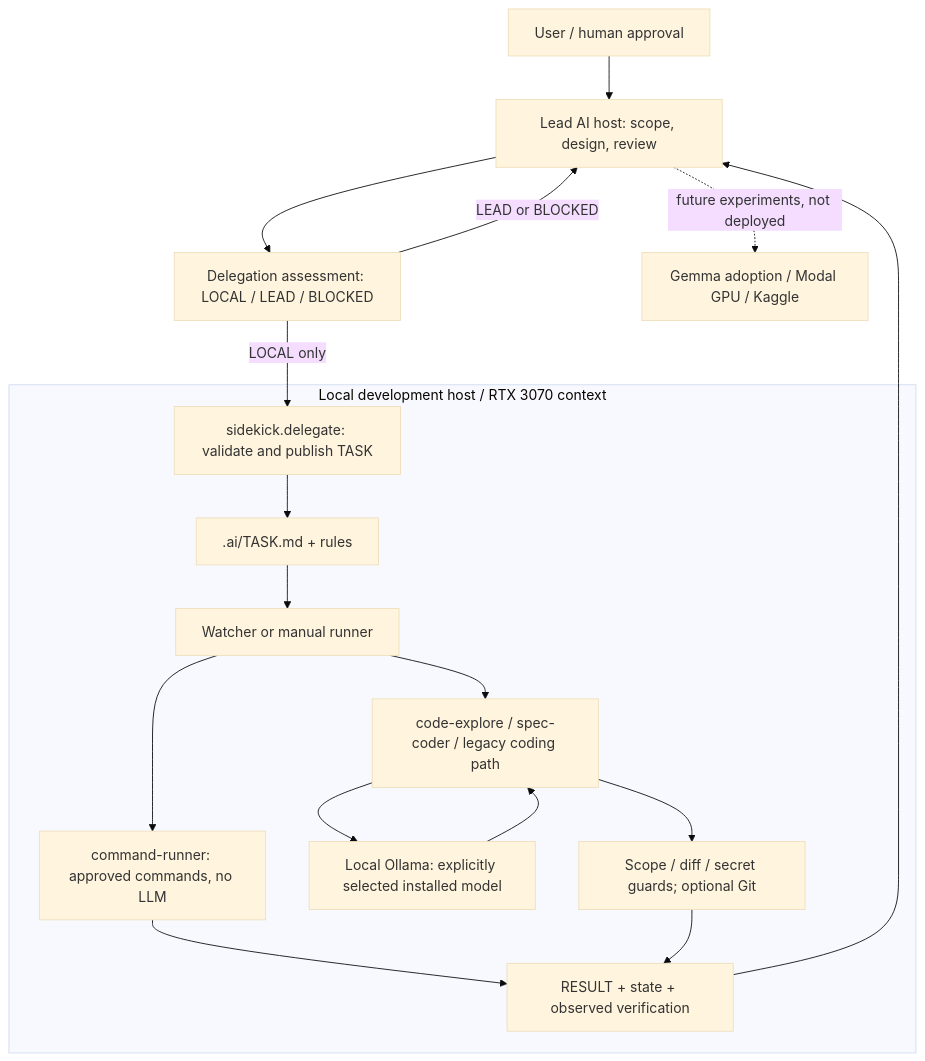
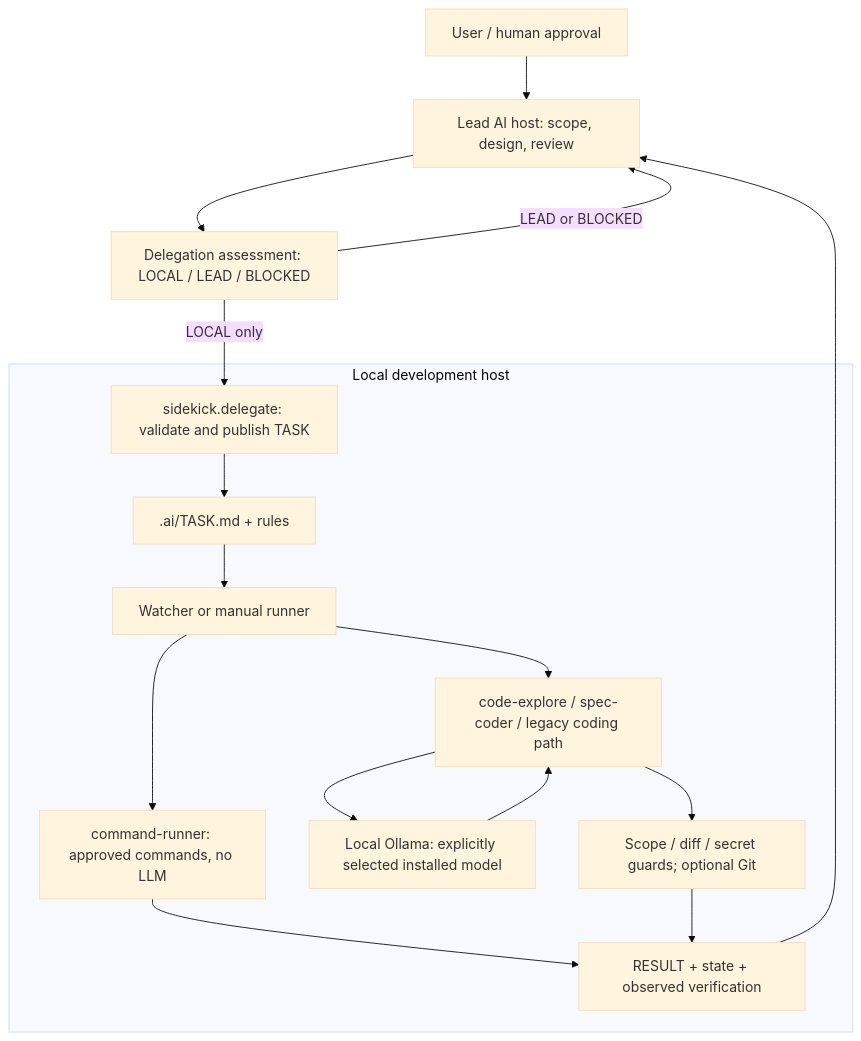
One commit to moruku36/local-ai-sidekick changed the diagram in README.ja.md. Above: the diagram before and after it, drawn with Mermaid (base theme). The commit also changed other lines of this file and 1 other file, not shown here.

````diff
--- a/README.ja.md
+++ b/README.ja.md
@@ -39,20 +38,19 @@
 ```mermaid
 flowchart TD
     U["User / human approval"] --> L["Lead AI host: scope, design, review"]
     L --> D["Delegation assessment: LOCAL / LEAD / BLOCKED"]
     D -->|LOCAL only| H["sidekick.delegate: validate and publish TASK"]
-    subgraph Local["Local development host / RTX 3070 context"]
+    subgraph Local["Local development host"]
         H --> T[".ai/TASK.md + rules"]
         T --> W["Watcher or manual runner"]
         W --> C["command-runner: approved commands, no LLM"]
         W --> M["code-explore / spec-coder / legacy coding path"]
         M --> O["Local Ollama: explicitly selected installed model"]
         O --> M
         C --> R["RESULT + state + observed verification"]
         M --> G["Scope / diff / secret guards; optional Git"]
         G --> R
     end
     R --> L
     D -->|LEAD or BLOCKED| L
-    L -. "future experiments, not deployed" .-> P["Gemma adoption / Modal GPU / Kaggle"]
 ```
````
